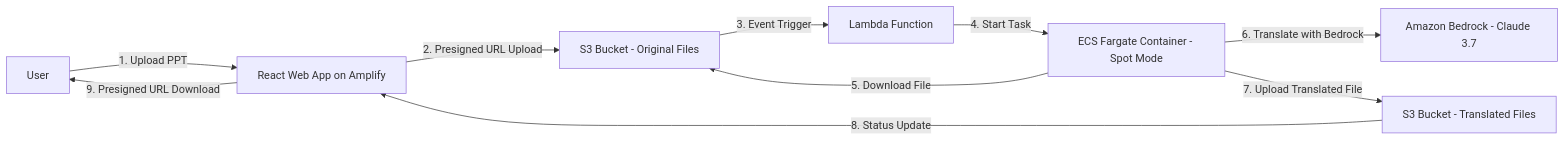
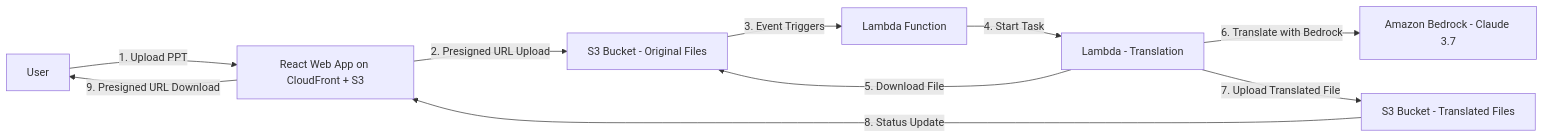
One commit to snese/ppt-tranlator changed the diagram in product-specification.md. Above: the diagram before and after it, drawn with Mermaid. The commit also changed other lines of this file and 30 other files, not shown here.

````diff
--- a/product-specification.md
+++ b/product-specification.md
@@ -9,12 +9,12 @@
 ```mermaid
 flowchart LR
-    User[User] -->|1. Upload PPT| WebApp[React Web App on Amplify]
+    User[User] -->|1. Upload PPT| WebApp[React Web App on CloudFront + S3]
     WebApp -->|2. Presigned URL Upload| S3Original[S3 Bucket - Original Files]
-    S3Original -->|3. Event Trigger| Lambda[Lambda Function]
-    Lambda -->|4. Start Task| Fargate[ECS Fargate Container - Spot Mode]
-    Fargate -->|5. Download File| S3Original
-    Fargate -->|6. Translate with Bedrock| Bedrock[Amazon Bedrock - Claude 3.7]
-    Fargate -->|7. Upload Translated File| S3Translated[S3 Bucket - Translated Files]
+    S3Original -->|3. Event Triggers| Lambda[Lambda Function]
+    Lambda -->|4. Start Task| LambdaTranslate[Lambda - Translation]
+    LambdaTranslate -->|5. Download File| S3Original
+    LambdaTranslate -->|6. Translate with Bedrock| Bedrock[Amazon Bedrock - Claude 3.7]
+    LambdaTranslate -->|7. Upload Translated File| S3Translated[S3 Bucket - Translated Files]
     S3Translated -->|8. Status Update| WebApp
     WebApp -->|9. Presigned URL Download| User
 ```
````
